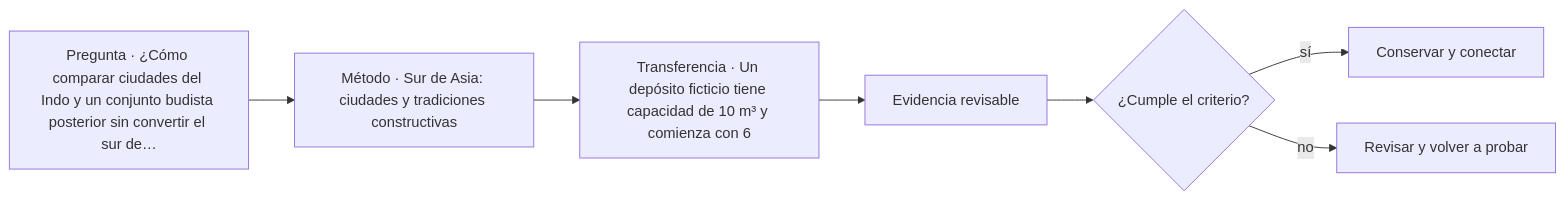
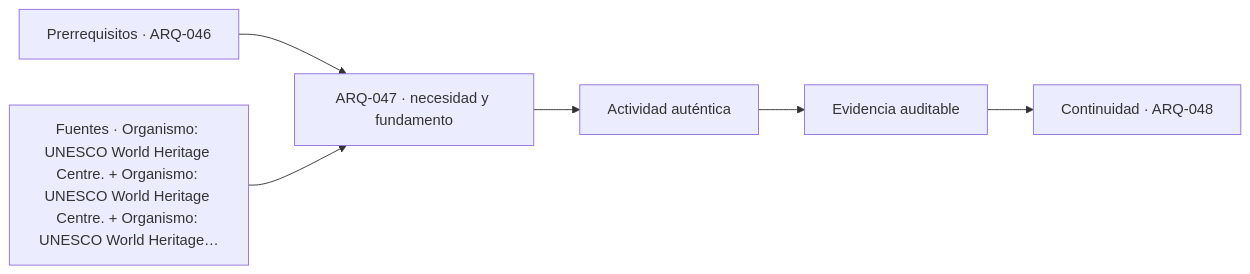
The diagram in classes/parte-05/ARQ-047.md (vladimiracunadev-create/architecture-built-environment-learning-program), drawn with Mermaid before and after one commit. The commit also changed other lines of this file and 761 other files, not shown here.

````diff
--- a/classes/parte-05/ARQ-047.md
+++ b/classes/parte-05/ARQ-047.md
@@ -137,9 +149,8 @@
 ```mermaid
 flowchart LR
-    Q["Pregunta · ¿Cómo comparar ciudades del Indo y un conjunto budista posterior sin convertir el sur de…"] --> M["Método · Sur de Asia: ciudades y tradiciones constructivas"]
-    M --> P["Transferencia · Un depósito ficticio tiene capacidad de 10 m³ y comienza con 6"]
-    P --> E["Evidencia revisable"]
-    E --> C{"¿Cumple el criterio?"}
-    C -->|sí| T["Conservar y conectar"]
-    C -->|no| R["Revisar y volver a probar"]
+    A["Prerrequisitos · ARQ-046"] --> B["ARQ-047 · necesidad y fundamento"]
+    S["Fuentes · Organismo: UNESCO World Heritage Centre. + Organismo: UNESCO World Heritage Centre. + Organismo: UNESCO World Heritage…"] --> B
+    B --> C["Actividad auténtica"]
+    C --> D["Evidencia auditable"]
+    D --> E["Continuidad · ARQ-048"]
 ```
````
